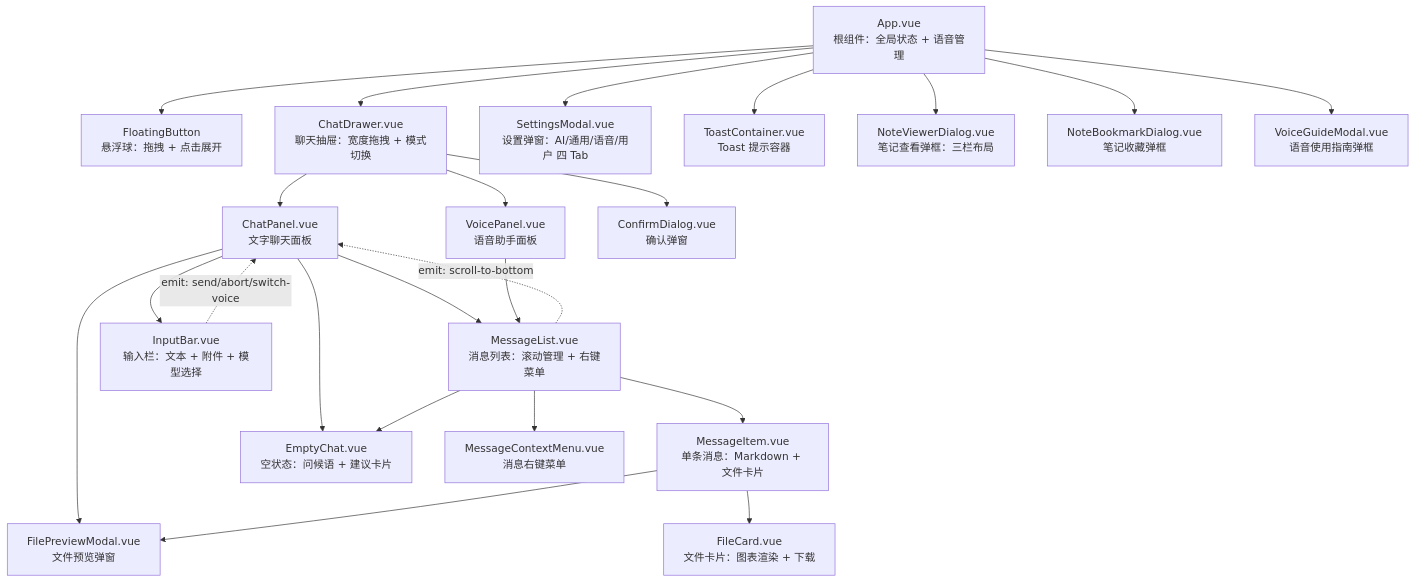
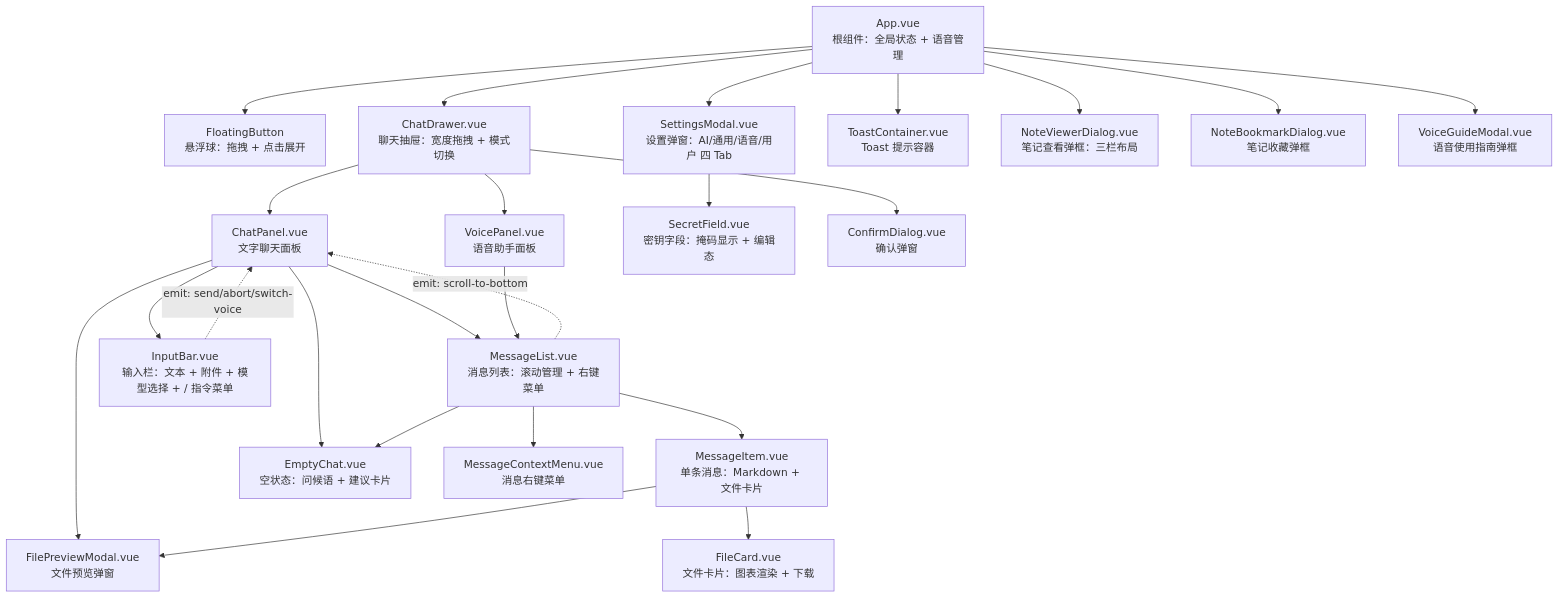
The first of 9 diagrams in docs/architecture/content-script.md (zw123zw/ai-browser), drawn with Mermaid before and after one commit. The commit also changed other lines of this file and 13 other files, not shown here.

````diff
--- a/docs/architecture/content-script.md
+++ b/docs/architecture/content-script.md
@@ -30,50 +32,53 @@
 ```mermaid
 graph TD
     App["App.vue<br/>根组件：全局状态 + 语音管理"]
     FB["FloatingButton<br/>悬浮球：拖拽 + 点击展开"]
     CD["ChatDrawer.vue<br/>聊天抽屉：宽度拖拽 + 模式切换"]
     CP["ChatPanel.vue<br/>文字聊天面板"]
     VP["VoicePanel.vue<br/>语音助手面板"]
     ML["MessageList.vue<br/>消息列表：滚动管理 + 右键菜单"]
     MI["MessageItem.vue<br/>单条消息：Markdown + 文件卡片"]
-    IB["InputBar.vue<br/>输入栏：文本 + 附件 + 模型选择"]
+    IB["InputBar.vue<br/>输入栏：文本 + 附件 + 模型选择 + / 指令菜单"]
     EC["EmptyChat.vue<br/>空状态：问候语 + 建议卡片"]
     FC["FileCard.vue<br/>文件卡片：图表渲染 + 下载"]
     FPM["FilePreviewModal.vue<br/>文件预览弹窗"]
     SM["SettingsModal.vue<br/>设置弹窗：AI/通用/语音/用户 四 Tab"]
+    SF["SecretField.vue<br/>密钥字段：掩码显示 + 编辑态"]
     CD2["ConfirmDialog.vue<br/>确认弹窗"]
     TC["ToastContainer.vue<br/>Toast 提示容器"]
     MCM["MessageContextMenu.vue<br/>消息右键菜单"]
     NV["NoteViewerDialog.vue<br/>笔记查看弹框：三栏布局"]
     NB["NoteBookmarkDialog.vue<br/>笔记收藏弹框"]
     VGM["VoiceGuideModal.vue<br/>语音使用指南弹框"]
 
     App --> FB
     App --> CD
     App --> SM
     App --> NV
     App --> NB
     App --> VGM
     App --> TC
 
     CD --> CP
     CD --> VP
     CD --> CD2
 
     CP --> ML
     CP --> IB
     CP --> EC
     CP --> FPM
 
     VP --> ML
 
     ML --> MI
     ML --> EC
     ML --> MCM
 
     MI --> FC
     MI --> FPM
 
+    SM --> SF
+
     IB -.->|"emit: send/abort/switch-voice"| CP
     ML -.->|"emit: scroll-to-bottom"| CP
 ```
````
